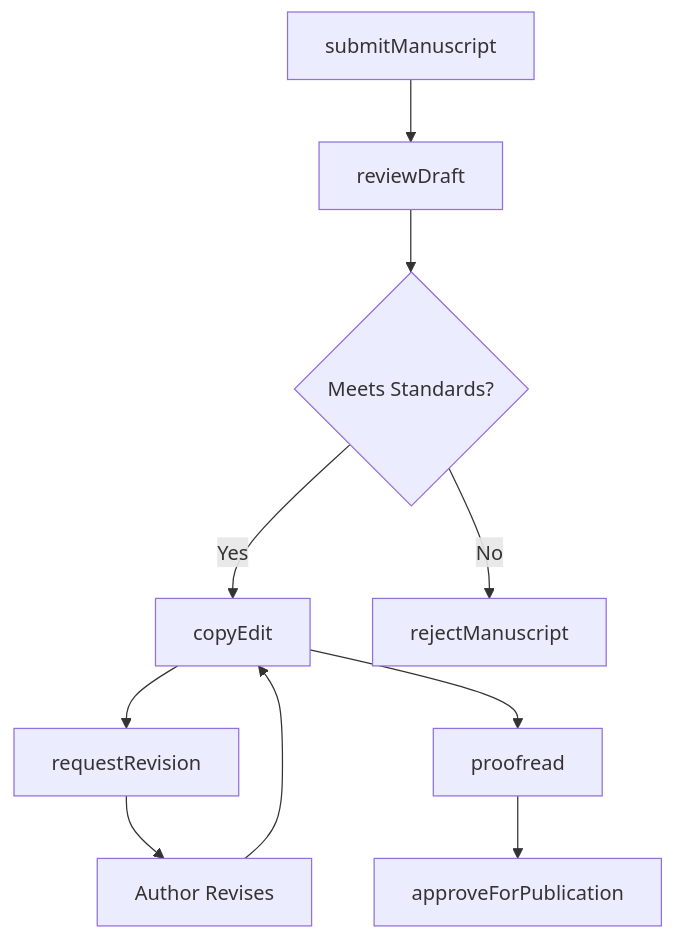
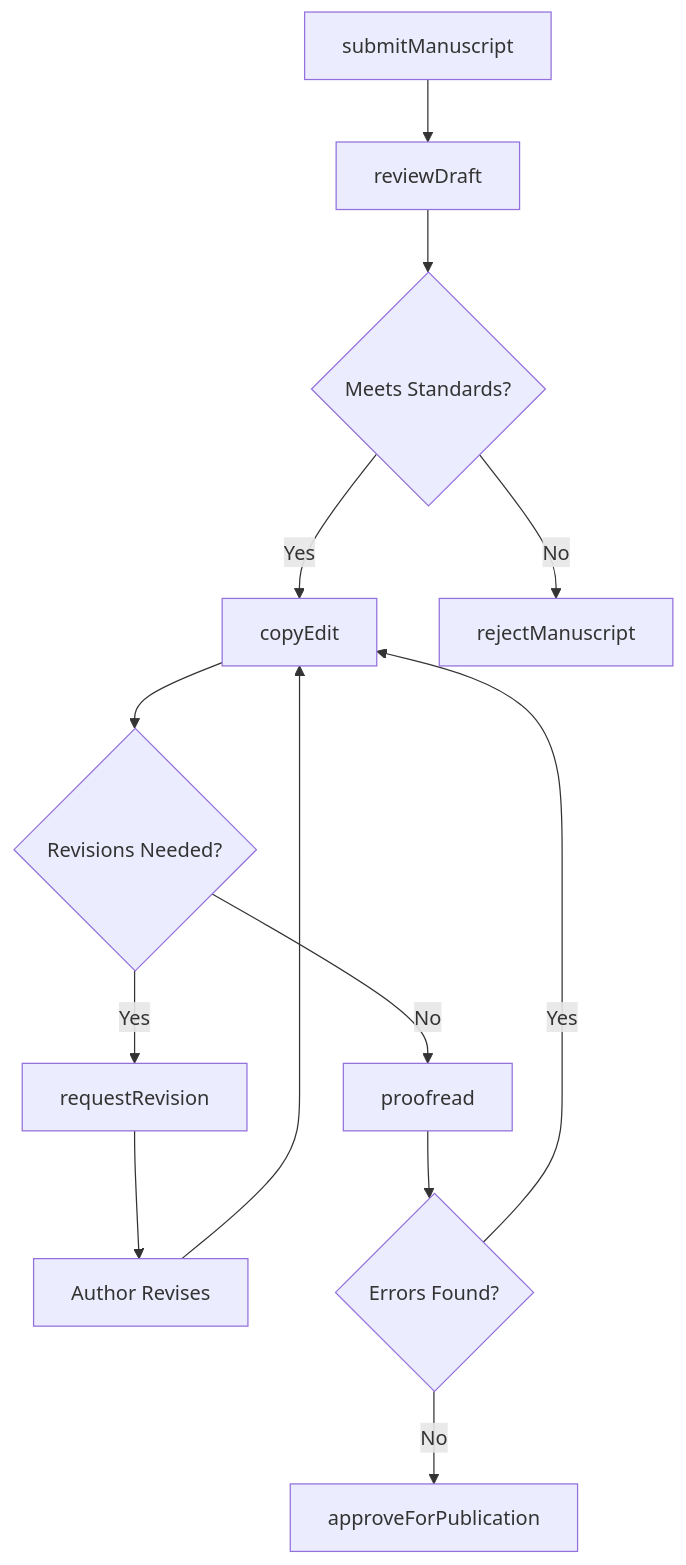
One commit to dot-org-ai/tasks.org.ai changed the third of 4 diagrams in MakingDecisionsAndSolvingProblems/EditWrittenMaterialsOrDocuments/EditWrittenMaterials.mdx. Above: the diagram before and after it, drawn with Mermaid. The commit also changed other lines of this file and 266 other files, not shown here.

First line of the commit message:
feat: Add ER diagrams, state diagrams to wave 2 batch (251 DWA files)

````diff
--- a/MakingDecisionsAndSolvingProblems/EditWrittenMaterialsOrDocuments/EditWrittenMaterials.mdx
+++ b/MakingDecisionsAndSolvingProblems/EditWrittenMaterialsOrDocuments/EditWrittenMaterials.mdx
@@ -84,12 +112,15 @@
 ```mermaid
 graph TD
     A[submitManuscript] --> B[reviewDraft]
     B --> C{Meets Standards?}
     C -->|Yes| D[copyEdit]
     C -->|No| E[rejectManuscript]
-    D --> F[requestRevision]
-    F --> G[Author Revises]
-    G --> D
-    D --> H[proofread]
-    H --> I[approveForPublication]
+    D --> F{Revisions Needed?}
+    F -->|Yes| G[requestRevision]
+    G --> H[Author Revises]
+    H --> D
+    F -->|No| I[proofread]
+    I --> J{Errors Found?}
+    J -->|Yes| D
+    J -->|No| K[approveForPublication]
 ```
````
